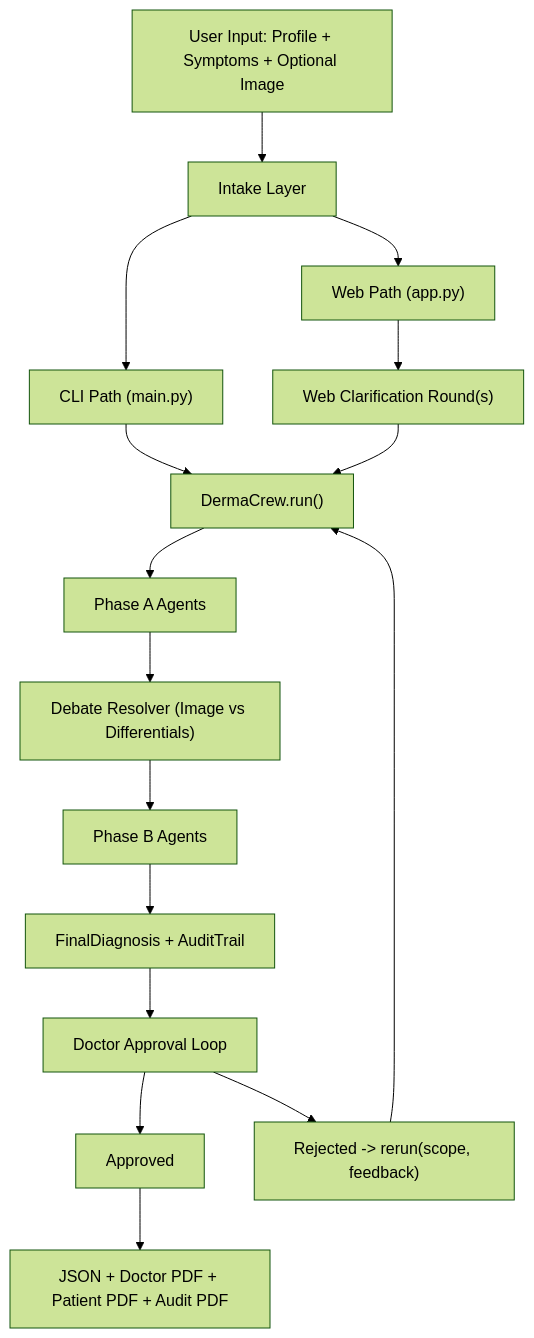
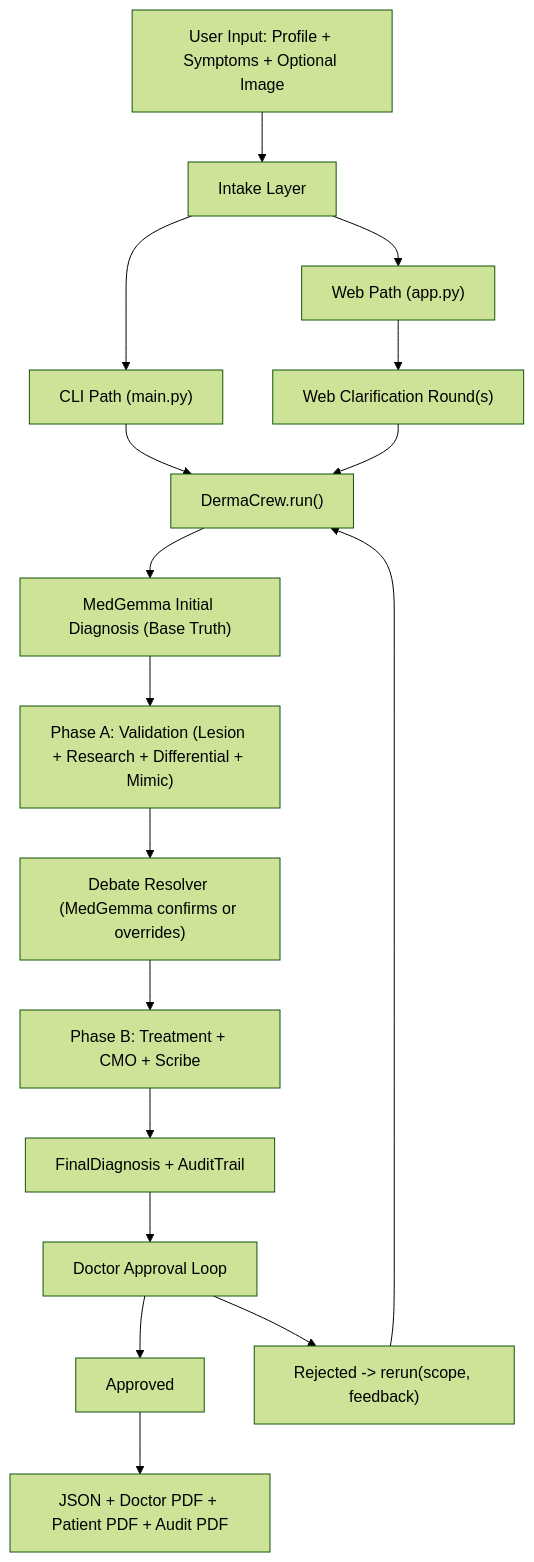
The first of 10 diagrams in README.md (Missing-Identity/AgenticDermaAI), drawn with Mermaid (forest theme) before and after one commit. The commit also changed other lines of this file and 4 other files, not shown here.

````diff
--- a/README.md
+++ b/README.md
@@ -42,22 +54,23 @@
 ```mermaid
 flowchart TD
     userInput["User Input: Profile + Symptoms + Optional Image"] --> intake["Intake Layer"]
     intake --> cliPath["CLI Path (main.py)"]
     intake --> webPath["Web Path (app.py)"]
 
     cliPath --> dermaCrew["DermaCrew.run()"]
     webPath --> clarifWeb["Web Clarification Round(s)"]
     clarifWeb --> dermaCrew
 
-    dermaCrew --> phaseA["Phase A Agents"]
-    phaseA --> debateResolver["Debate Resolver (Image vs Differentials)"]
-    debateResolver --> phaseB["Phase B Agents"]
+    dermaCrew --> medgemmaBase["MedGemma Initial Diagnosis (Base Truth)"]
+    medgemmaBase --> phaseA["Phase A: Validation (Lesion + Research + Differential + Mimic)"]
+    phaseA --> debateResolver["Debate Resolver (MedGemma confirms or overrides)"]
+    debateResolver --> phaseB["Phase B: Treatment + CMO + Scribe"]
     phaseB --> finalResult["FinalDiagnosis + AuditTrail"]
 
     finalResult --> doctorLoop["Doctor Approval Loop"]
     doctorLoop --> approved["Approved"]
     doctorLoop --> rerun["Rejected -> rerun(scope, feedback)"]
     rerun --> dermaCrew
 
     approved --> outputs["JSON + Doctor PDF + Patient PDF + Audit PDF"]
 ```
````
